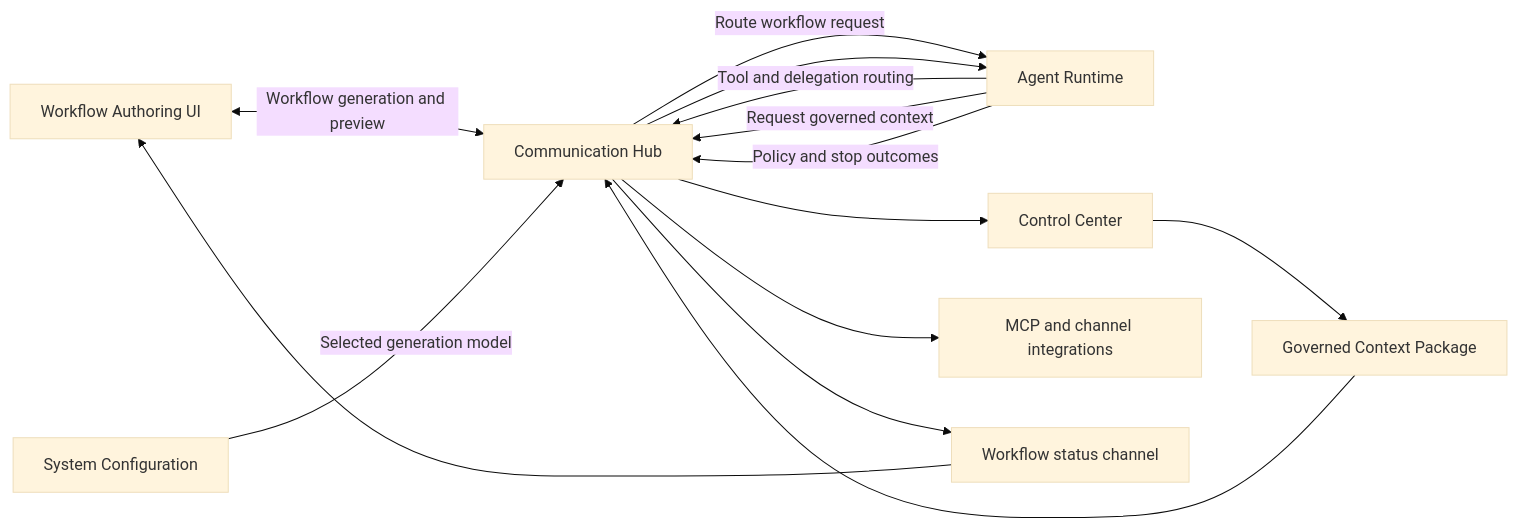
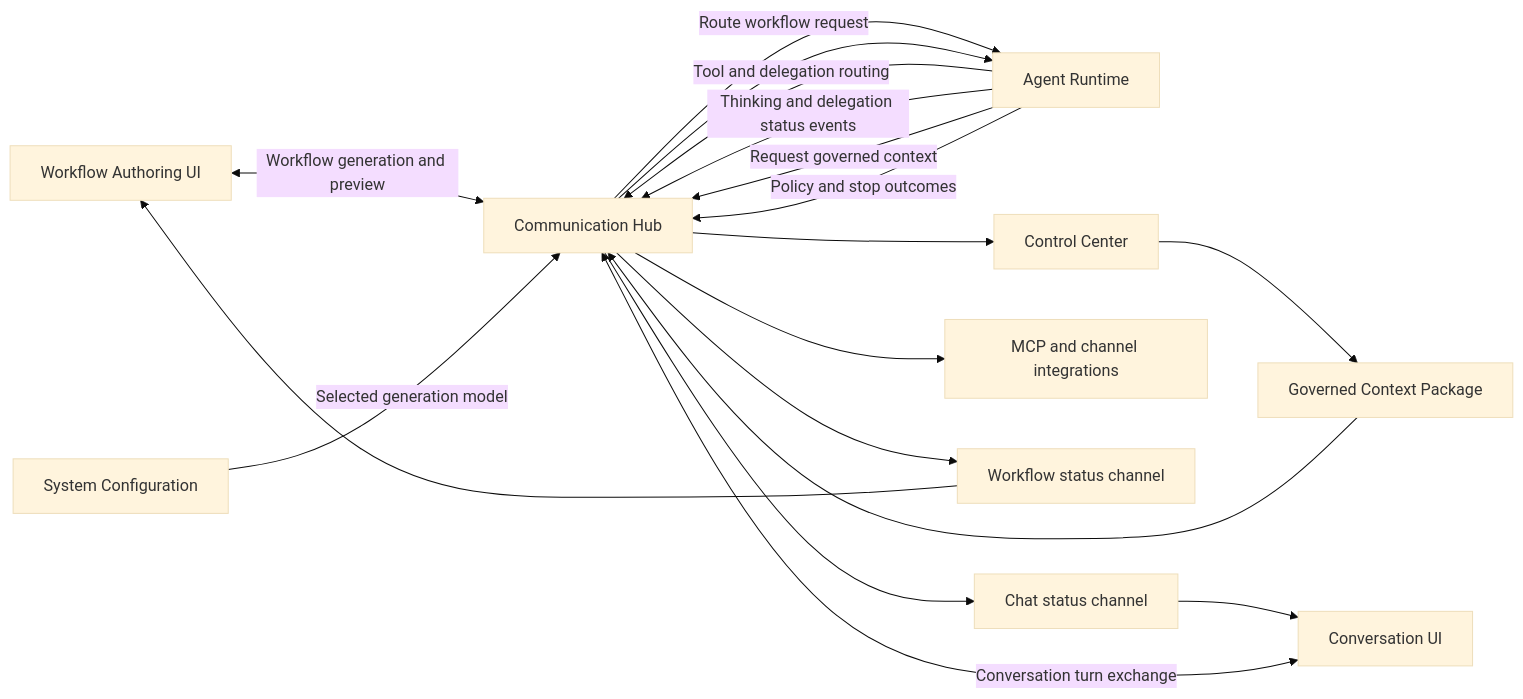
Before and after one commit to hurungang/parthenon: the first of 2 diagrams in docs/master/architecture/modules/communication-hub/architecture.md, drawn with Mermaid (base theme). The commit also changed 21 other files, not shown here.

````diff
--- a/docs/master/architecture/modules/communication-hub/architecture.md
+++ b/docs/master/architecture/modules/communication-hub/architecture.md
@@ -3,25 +3,31 @@
 ```mermaid
 flowchart LR
     UI[Workflow Authoring UI]
+    CHAT[Conversation UI]
     CFG[System Configuration]
     CH[Communication Hub]
     AR[Agent Runtime]
     CC[Control Center]
     MCP[MCP and channel integrations]
     STAT[Workflow status channel]
+    CSTAT[Chat status channel]
     CTX[Governed Context Package]
 
     UI <-->|Workflow generation and preview| CH
+    CHAT <-->|Conversation turn exchange| CH
     CFG -->|Selected generation model| CH
     CH -->|Route workflow request| AR
     AR -->|Tool and delegation routing| CH
+    AR -->|Thinking and delegation status events| CH
     AR -->|Request governed context| CH
     CH --> CC
     CC --> CTX
     CTX --> CH
     CH --> AR
     CH --> MCP
     AR -->|Policy and stop outcomes| CH
     CH --> STAT
+    CH --> CSTAT
     STAT --> UI
+    CSTAT --> CHAT
 ```
````
